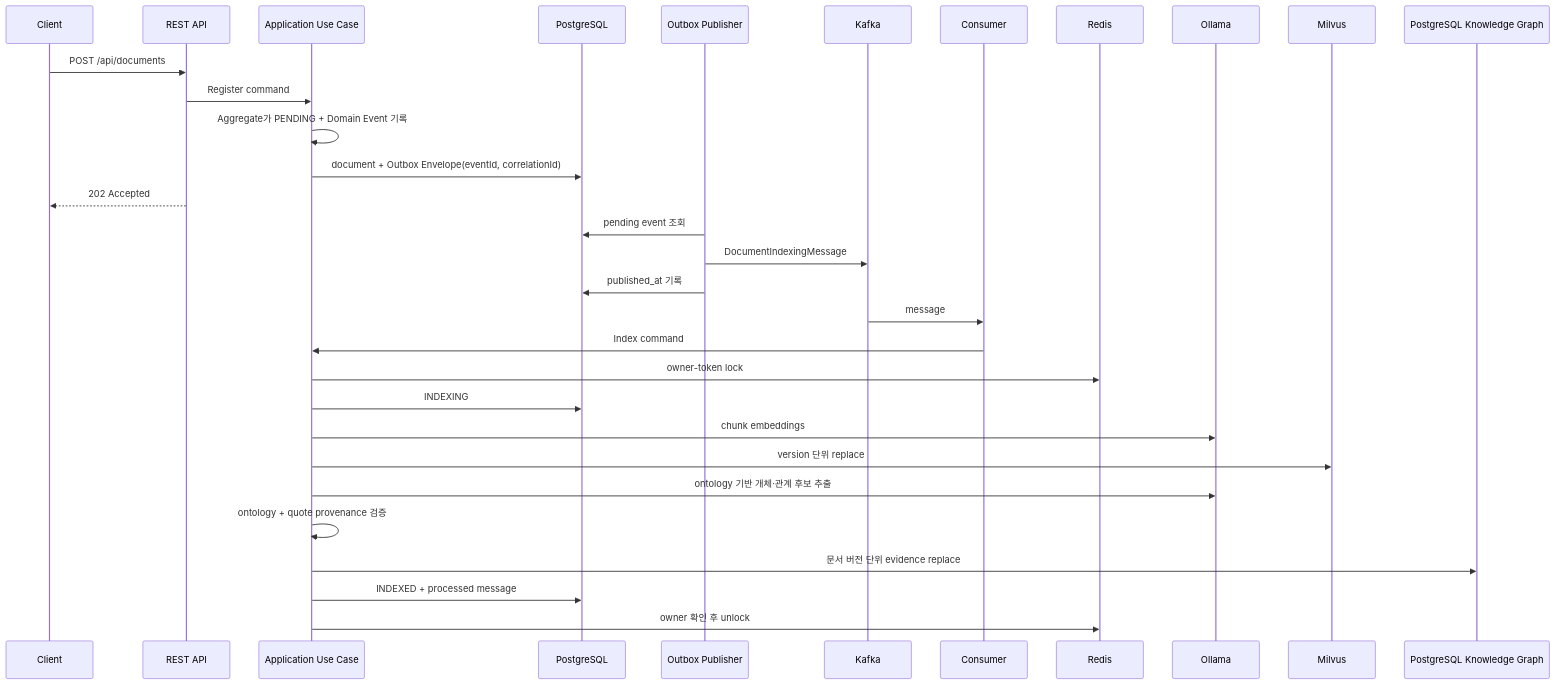
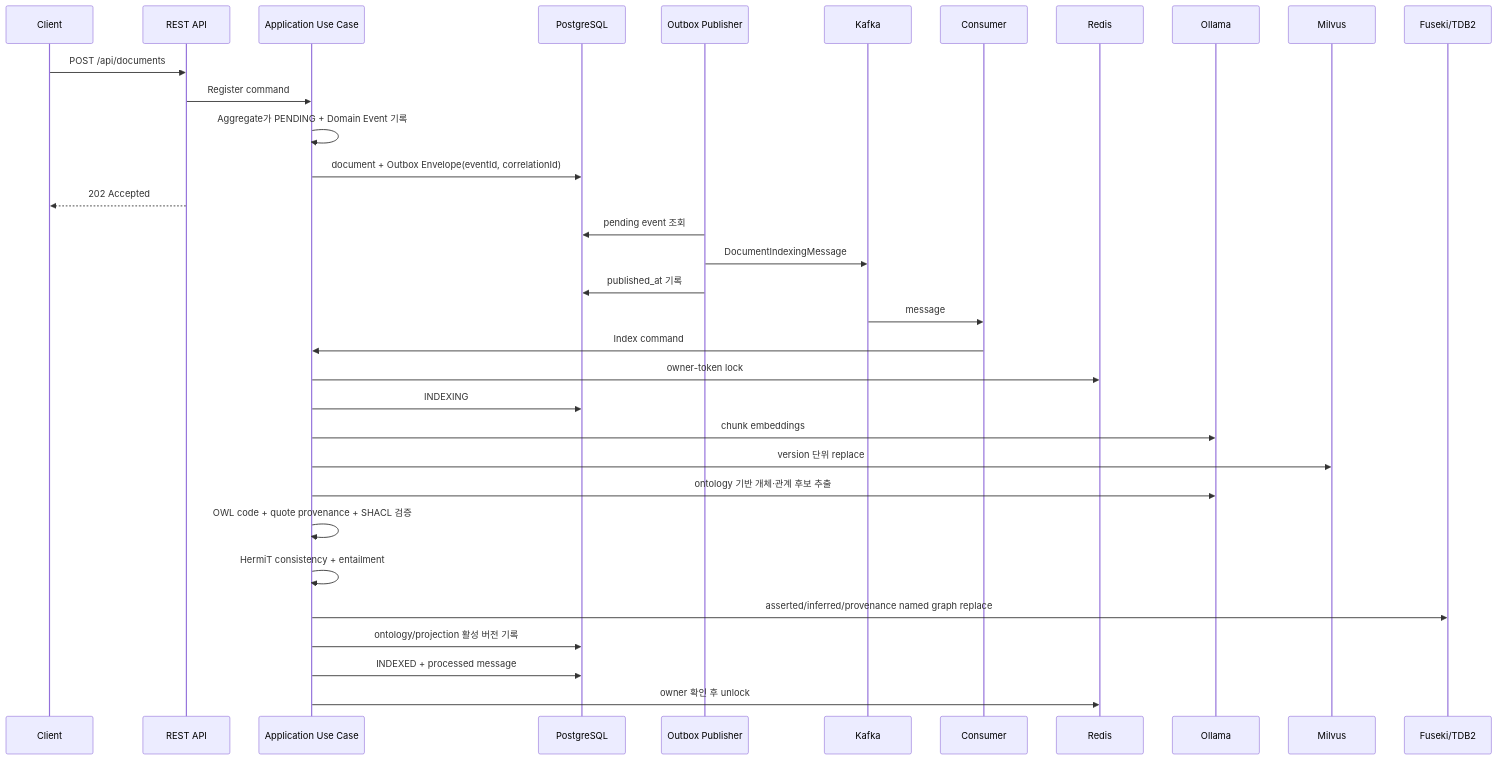
The first of 2 diagrams in docs/architecture/rag-target-architecture.md (limjeahun/knowledge-rag-platform), drawn with Mermaid before and after one commit. The commit also changed other lines of this file and 112 other files, not shown here.

````diff
--- a/docs/architecture/rag-target-architecture.md
+++ b/docs/architecture/rag-target-architecture.md
@@ -21,34 +23,36 @@
 ```mermaid
 sequenceDiagram
     participant Client
     participant API as REST API
     participant App as Application Use Case
     participant DB as PostgreSQL
     participant Outbox as Outbox Publisher
     participant Kafka
     participant Consumer
     participant Redis
     participant Ollama
     participant Milvus
-    participant Graph as PostgreSQL Knowledge Graph
+    participant Graph as Fuseki/TDB2
 
     Client->>API: POST /api/documents
     API->>App: Register command
     App->>App: Aggregate가 PENDING + Domain Event 기록
     App->>DB: document + Outbox Envelope(eventId, correlationId)
     API-->>Client: 202 Accepted
     Outbox->>DB: pending event 조회
     Outbox->>Kafka: DocumentIndexingMessage
     Outbox->>DB: published_at 기록
     Kafka->>Consumer: message
     Consumer->>App: Index command
     App->>Redis: owner-token lock
     App->>DB: INDEXING
     App->>Ollama: chunk embeddings
     App->>Milvus: version 단위 replace
     App->>Ollama: ontology 기반 개체·관계 후보 추출
-    App->>App: ontology + quote provenance 검증
-    App->>Graph: 문서 버전 단위 evidence replace
+    App->>App: OWL code + quote provenance + SHACL 검증
+    App->>App: HermiT consistency + entailment
+    App->>Graph: asserted/inferred/provenance named graph replace
+    App->>DB: ontology/projection 활성 버전 기록
     App->>DB: INDEXED + processed message
     App->>Redis: owner 확인 후 unlock
 ```
````
